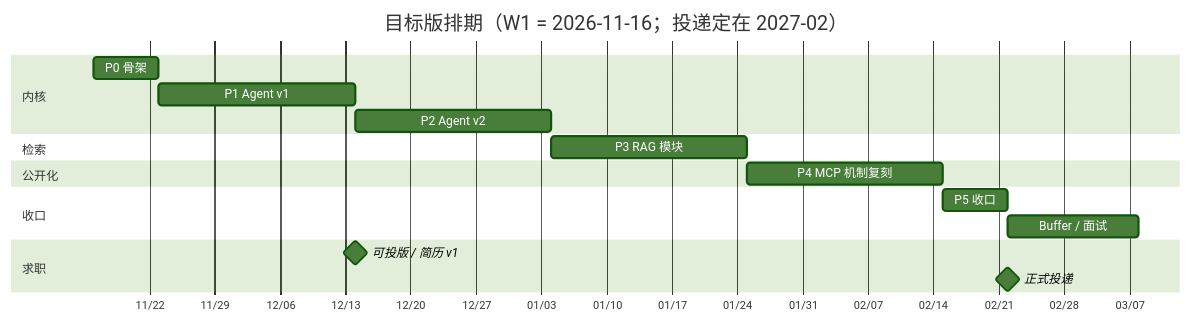
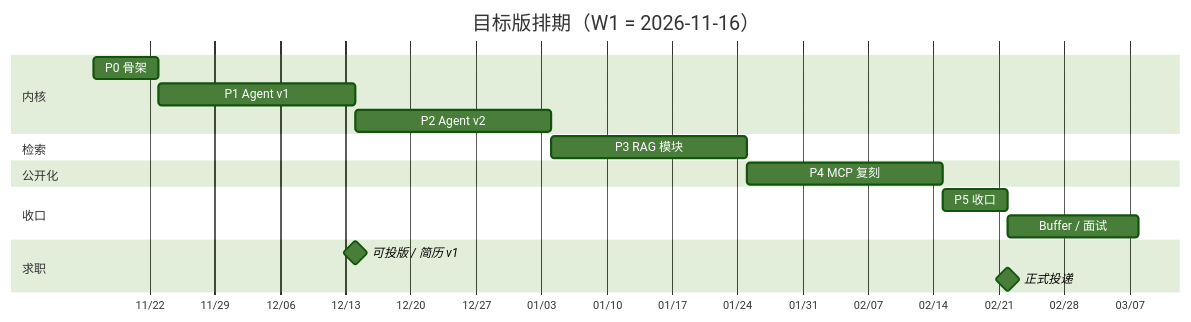
Before and after one commit to IAMCHF/ai-engineering-notes: the second of 2 diagrams in docs/00-master-plan.md, drawn with Mermaid (forest theme). The commit also changed other lines of this file and 6 other files, not shown here.

````diff
--- a/docs/00-master-plan.md
+++ b/docs/00-master-plan.md
@@ -468,20 +276,20 @@
 ```mermaid
 gantt
-    title 目标版排期（W1 = 2026-11-16；投递定在 2027-02）
+    title 目标版排期（W1 = 2026-11-16）
     dateFormat YYYY-MM-DD
     axisFormat %m/%d
     section 内核
-    P0 骨架                  :p0, 2026-11-16, 7d
-    P1 Agent v1              :p1, after p0, 21d
-    P2 Agent v2              :p2, after p1, 21d
+    P0 骨架          :p0, 2026-11-16, 7d
+    P1 Agent v1      :p1, after p0, 21d
+    P2 Agent v2      :p2, after p1, 21d
     section 检索
-    P3 RAG 模块              :p3, after p2, 21d
+    P3 RAG 模块      :p3, after p2, 21d
     section 公开化
-    P4 MCP 机制复刻          :p4, after p3, 21d
+    P4 MCP 复刻      :p4, after p3, 21d
     section 收口
-    P5 收口                  :p5, after p4, 7d
-    Buffer / 面试            :p6, after p5, 14d
+    P5 收口          :p5, after p4, 7d
+    Buffer / 面试    :p6, after p5, 14d
     section 求职
-    可投版 / 简历 v1          :milestone, m1, 2026-12-14, 0d
-    正式投递                 :milestone, m2, 2027-02-22, 0d
+    可投版 / 简历 v1  :milestone, m1, 2026-12-14, 0d
+    正式投递         :milestone, m2, 2027-02-22, 0d
 ```
````
